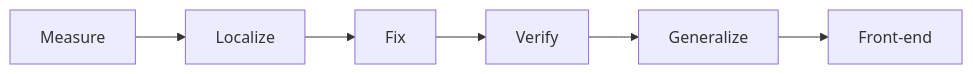
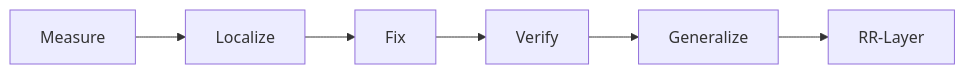
The diagram in README.md (Adya6714/reasoning-reliability), drawn with Mermaid before and after one commit. The commit also changed other lines of this file and 91 other files, not shown here.

First line of the commit message:
Restructure programme layout, merge architecture docs, and seed lit notes.

````diff
--- a/README.md
+++ b/README.md
@@ -13,8 +13,8 @@
 ```mermaid
 flowchart LR
   M[Measure] --> L[Localize]
   L --> F[Fix]
   F --> V[Verify]
   V --> G[Generalize]
-  G --> FE[Front-end]
+  G --> FE[RR-Layer]
 ```
````
